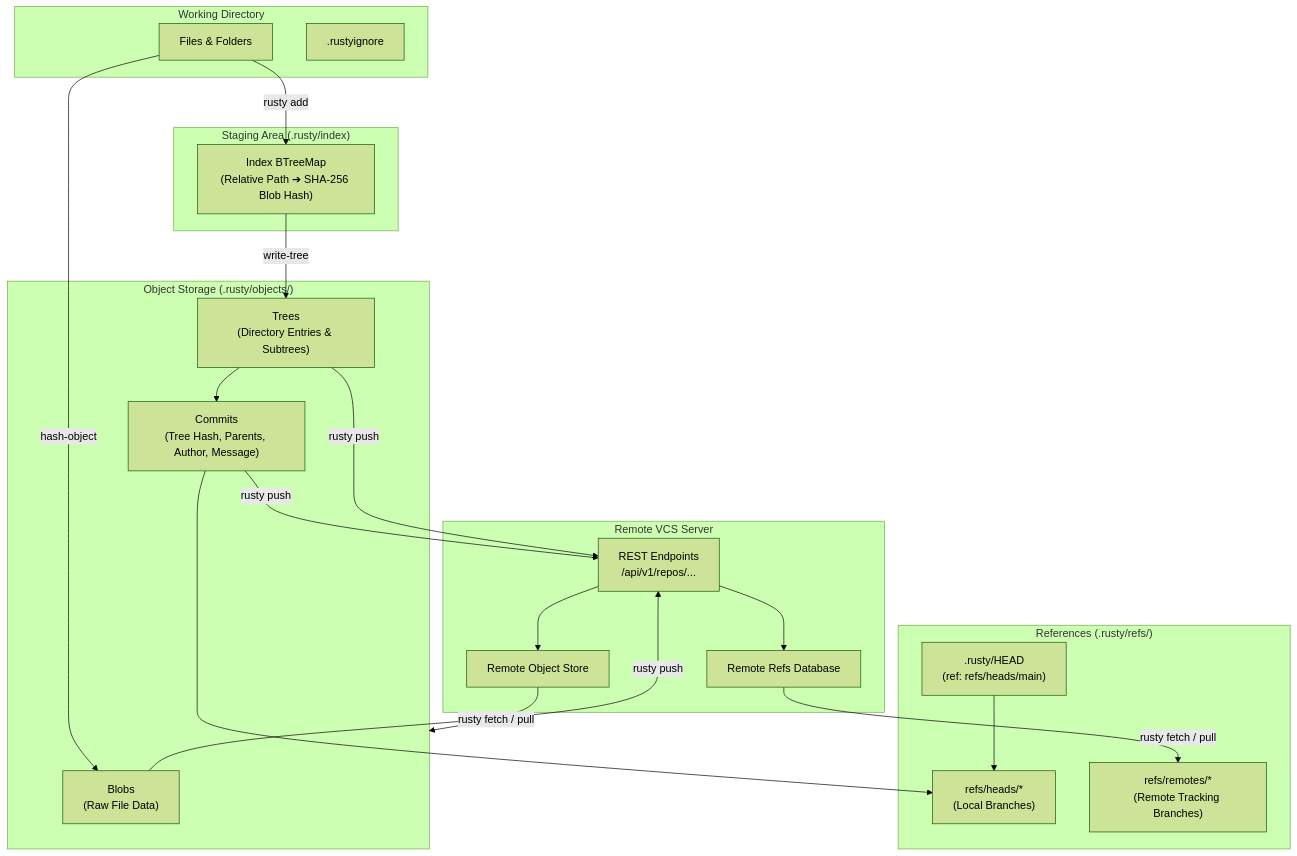
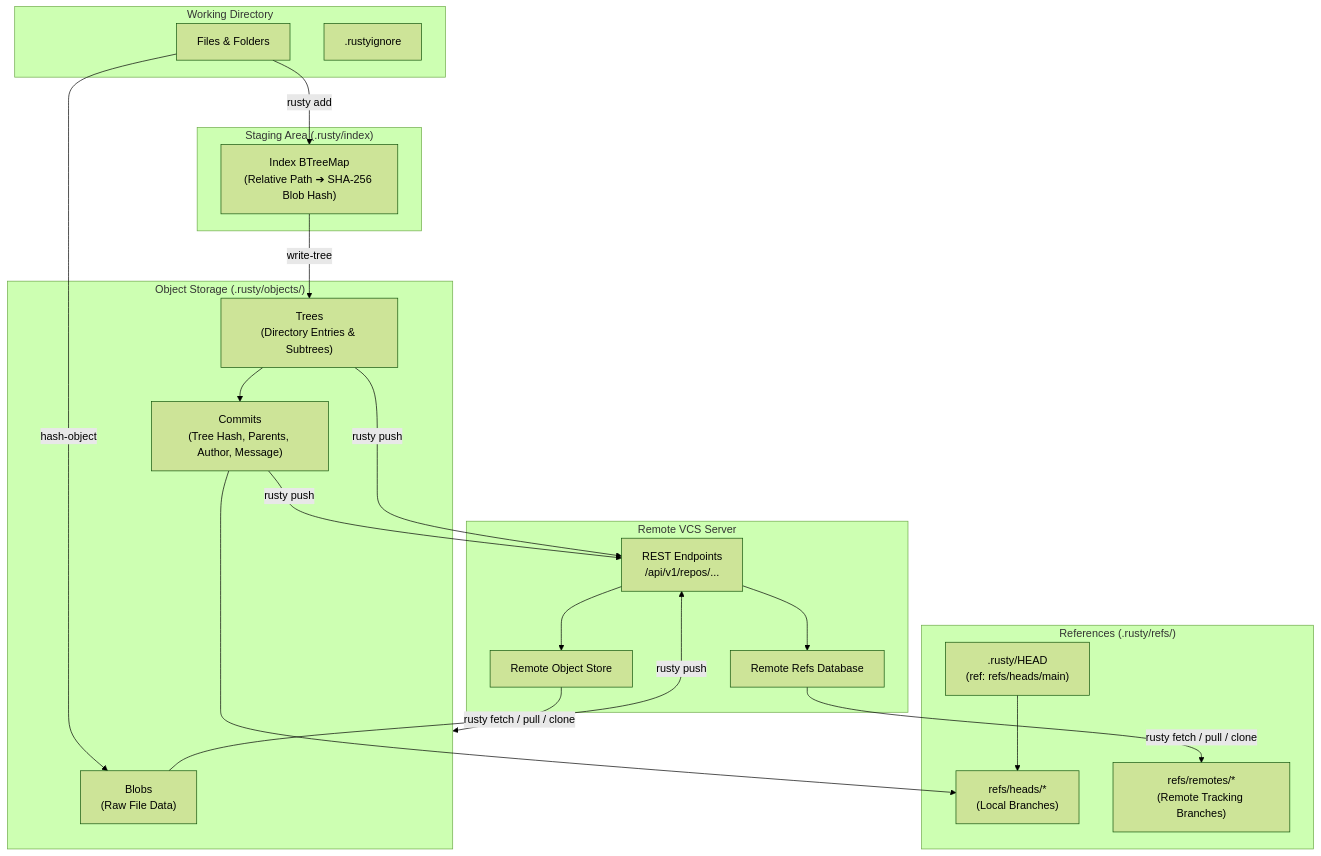
The diagram in README.md (DeepArnav1102/rusty), drawn with Mermaid (forest theme) before and after one commit. The commit also changed other lines of this file, not shown here.

````diff
--- a/README.md
+++ b/README.md
@@ -72,45 +64,45 @@
 ```mermaid
 flowchart TD
     subgraph WorkingDirectory["Working Directory"]
         WT["Files & Folders"]
         IGN[".rustyignore"]
     end
 
     subgraph StagingArea["Staging Area (.rusty/index)"]
         IDX["Index BTreeMap<br/>(Relative Path ➔ SHA-256 Blob Hash)"]
     end
 
     subgraph ObjectDatabase["Object Storage (.rusty/objects/)"]
         BLOB["Blobs<br/>(Raw File Data)"]
         TREE["Trees<br/>(Directory Entries & Subtrees)"]
         COMMIT["Commits<br/>(Tree Hash, Parents, Author, Message)"]
     end
 
     subgraph References["References (.rusty/refs/)"]
         HEAD[".rusty/HEAD<br/>(ref: refs/heads/main)"]
         HEADS["refs/heads/*<br/>(Local Branches)"]
         REMOTES["refs/remotes/*<br/>(Remote Tracking Branches)"]
     end
 
     subgraph RemoteBackend["Remote VCS Server"]
         API["REST Endpoints<br/>/api/v1/repos/..."]
         SRV_OBJ["Remote Object Store"]
         SRV_REF["Remote Refs Database"]
     end
 
     WT -- "rusty add" --> IDX
     WT -- "hash-object" --> BLOB
     IDX -- "write-tree" --> TREE
     TREE --> COMMIT
     COMMIT --> HEADS
     HEAD --> HEADS
     
     COMMIT -- "rusty push" --> API
     BLOB -- "rusty push" --> API
     TREE -- "rusty push" --> API
     API --> SRV_OBJ
     API --> SRV_REF
 
-    SRV_OBJ -- "rusty fetch / pull" --> ObjectDatabase
-    SRV_REF -- "rusty fetch / pull" --> REMOTES
+    SRV_OBJ -- "rusty fetch / pull / clone" --> ObjectDatabase
+    SRV_REF -- "rusty fetch / pull / clone" --> REMOTES
 ```
````
